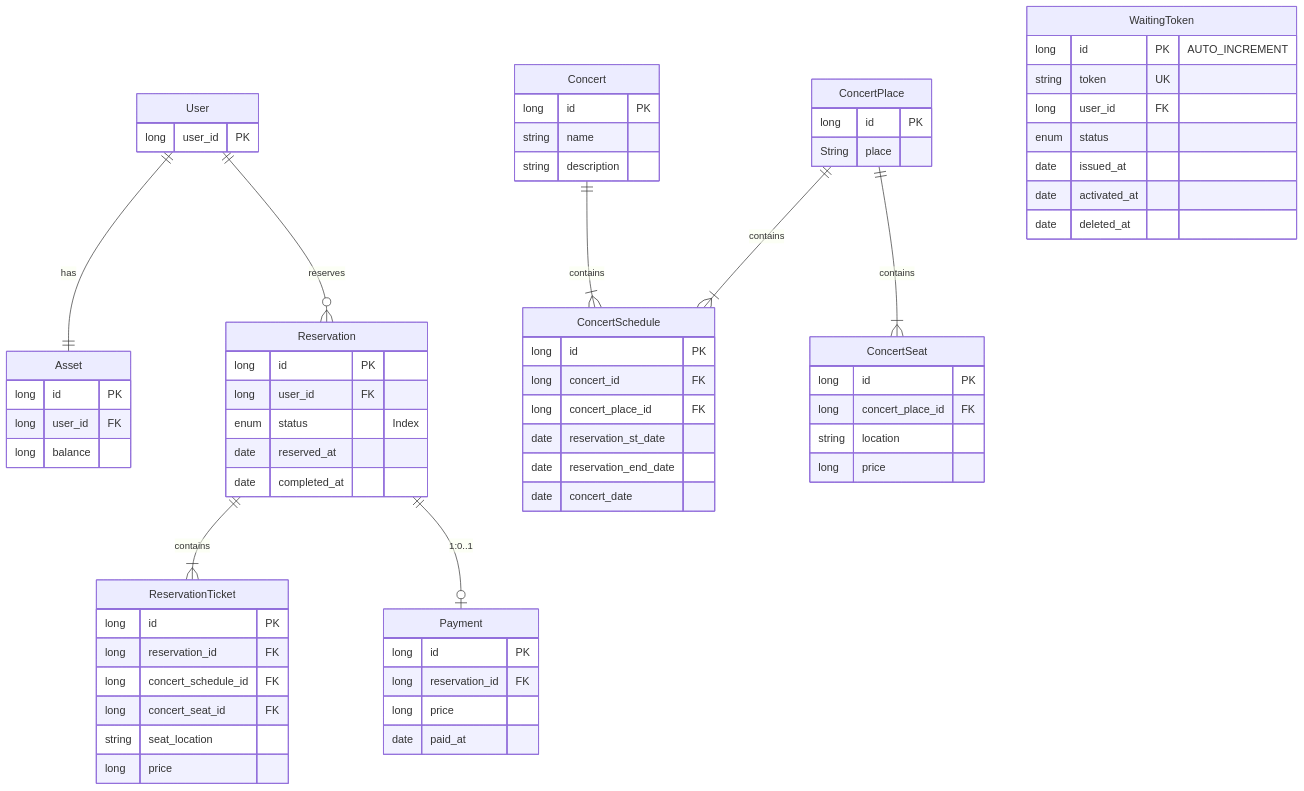
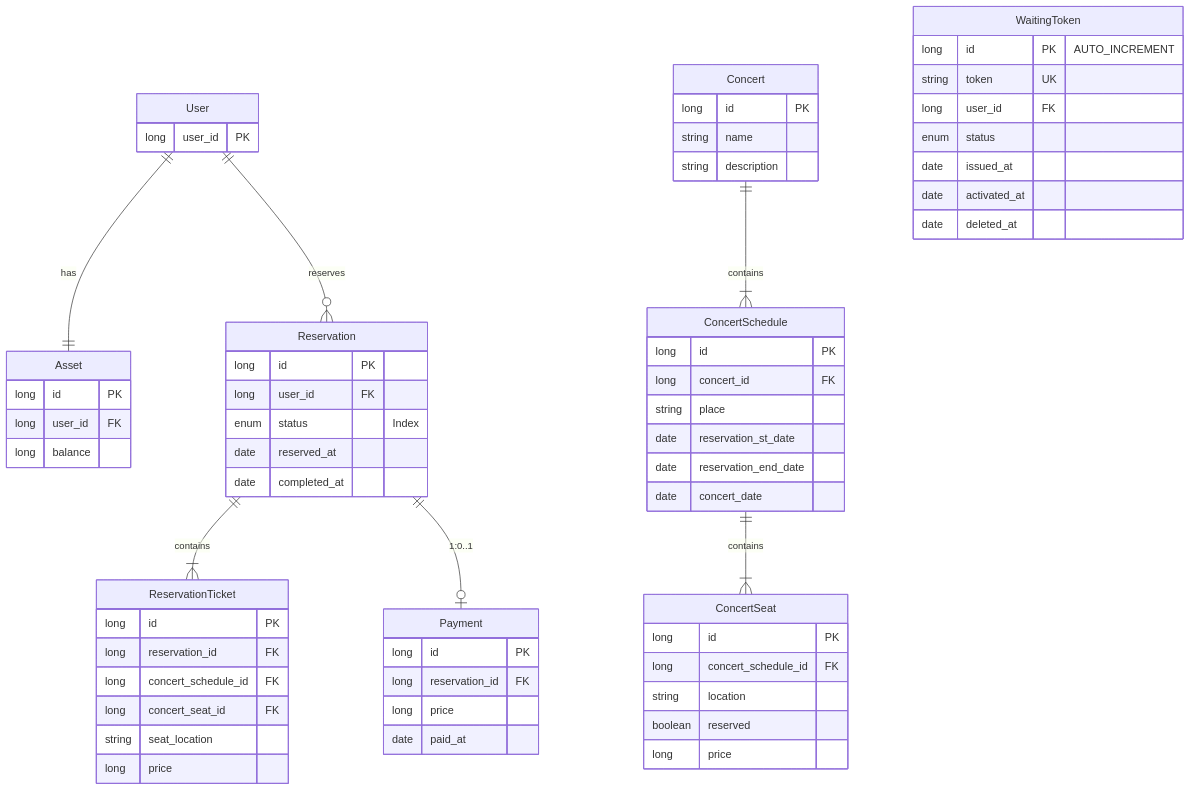
Diagram 13 of 13 in README.md (YoungWonBackendStudy/HHPlus-Concert-Reservation), drawn with Mermaid before and after one commit. The commit also changed other lines of this file and 103 other files, not shown here.

````diff
--- a/README.md
+++ b/README.md
@@ -299,81 +412,76 @@
 ```mermaid
 erDiagram
 
 User {
     long user_id PK
 }
 
 User ||--|| Asset: has
 Asset {
     long id PK
     long user_id FK
     long balance
 }
 
 User ||--o{ Reservation: reserves
 Reservation {
     long id PK
     long user_id FK
     enum status "Index"
     date reserved_at
     date completed_at
 }
 
 Reservation ||--|{ ReservationTicket: contains
 ReservationTicket {
     long id PK
     long reservation_id FK
     long concert_schedule_id FK
     long concert_seat_id FK
     string seat_location
     long price
 }
 
 Reservation ||--o| Payment: "1:0..1"
 Payment {
     long id PK
     long reservation_id FK
     long price
     date paid_at
 }
 
 Concert {
     long id PK
     string name
     string description
 }
 
-ConcertPlace {
-    long id PK
-    String place 
-}
-
 Concert ||--|{ ConcertSchedule : contains
-ConcertPlace ||--|{ ConcertSchedule : contains
 ConcertSchedule {
     long id PK
     long concert_id FK
-    long concert_place_id FK
+    string place
     date reservation_st_date
     date reservation_end_date
     date concert_date
 }
 
-ConcertPlace ||--|{ ConcertSeat : contains
+  ConcertSchedule ||--|{ ConcertSeat : contains
 ConcertSeat {
     long id PK
-    long concert_place_id FK
+    long concert_schedule_id FK
     string location
+    boolean reserved
     long price
 }
 
 WaitingToken {
     long id PK "AUTO_INCREMENT"
     string token UK
     long user_id FK
     enum status
     date issued_at
     date activated_at
     date deleted_at
 }
 ```
````
